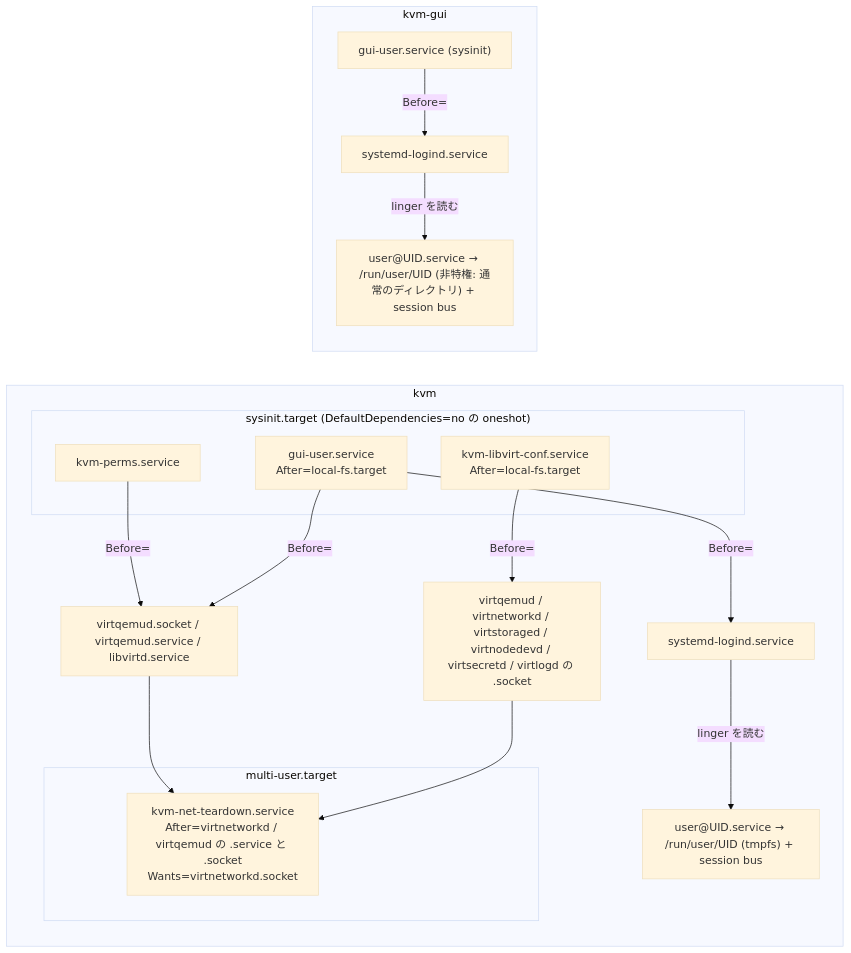
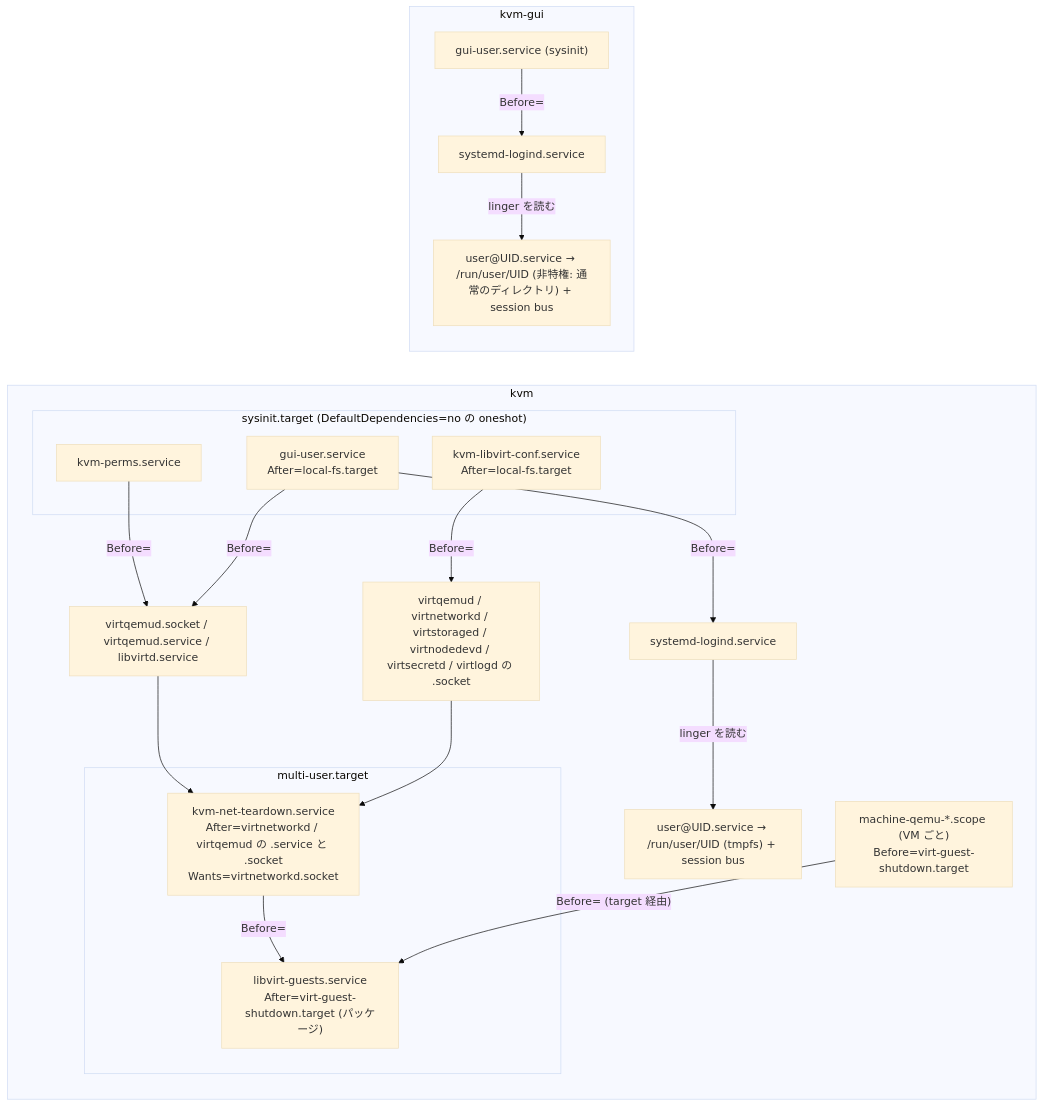
Diagram 16 of 22 in docs/SPEC.md (ryo-aoki-pc/kvm-container), drawn with Mermaid (base theme) before and after one commit. The commit also changed other lines of this file and 6 other files, not shown here.

````diff
--- a/docs/SPEC.md
+++ b/docs/SPEC.md
@@ -752,24 +753,28 @@
 ```mermaid
 flowchart LR
   subgraph kvm ["kvm"]
     subgraph ksys ["sysinit.target (DefaultDependencies=no の oneshot)"]
       perms["kvm-perms.service"]
       kuser["gui-user.service<br/>After=local-fs.target"]
       kconf["kvm-libvirt-conf.service<br/>After=local-fs.target"]
     end
     perms -->|"Before="| vq["virtqemud.socket / virtqemud.service / libvirtd.service"]
     kuser -->|"Before="| klogind["systemd-logind.service"]
     kuser -->|"Before="| vq
     kconf -->|"Before="| allsock["virtqemud / virtnetworkd / virtstoraged / virtnodedevd / virtsecretd / virtlogd の .socket"]
     klogind -->|"linger を読む"| kuserat["user@UID.service → /run/user/UID (tmpfs) + session bus"]
     subgraph kmu ["multi-user.target"]
       td["kvm-net-teardown.service<br/>After=virtnetworkd / virtqemud の .service と .socket<br/>Wants=virtnetworkd.socket"]
+      lg["libvirt-guests.service<br/>After=virt-guest-shutdown.target (パッケージ)"]
     end
+    scope["machine-qemu-*.scope (VM ごと)<br/>Before=virt-guest-shutdown.target"]
+    td -->|"Before="| lg
+    scope -->|"Before= (target 経由)"| lg
     vq --> td
     allsock --> td
   end
   subgraph gui ["kvm-gui"]
     guser["gui-user.service (sysinit)"] -->|"Before="| glogind["systemd-logind.service"]
     glogind -->|"linger を読む"| guserat["user@UID.service → /run/user/UID (非特権: 通常のディレクトリ) + session bus"]
   end
 ```
````
